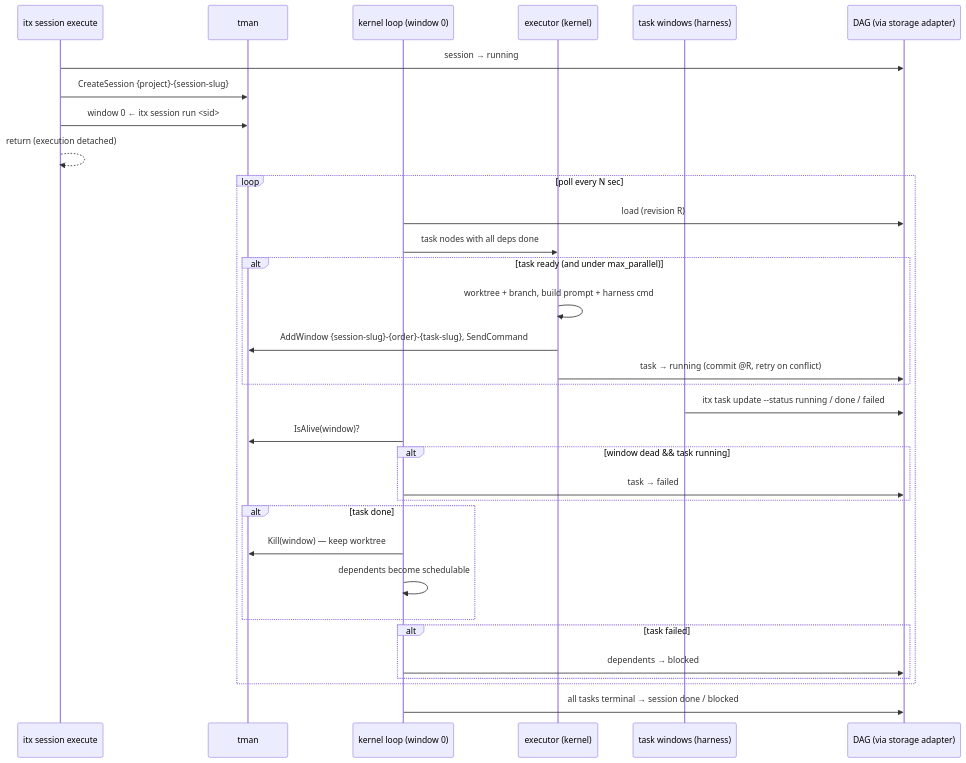
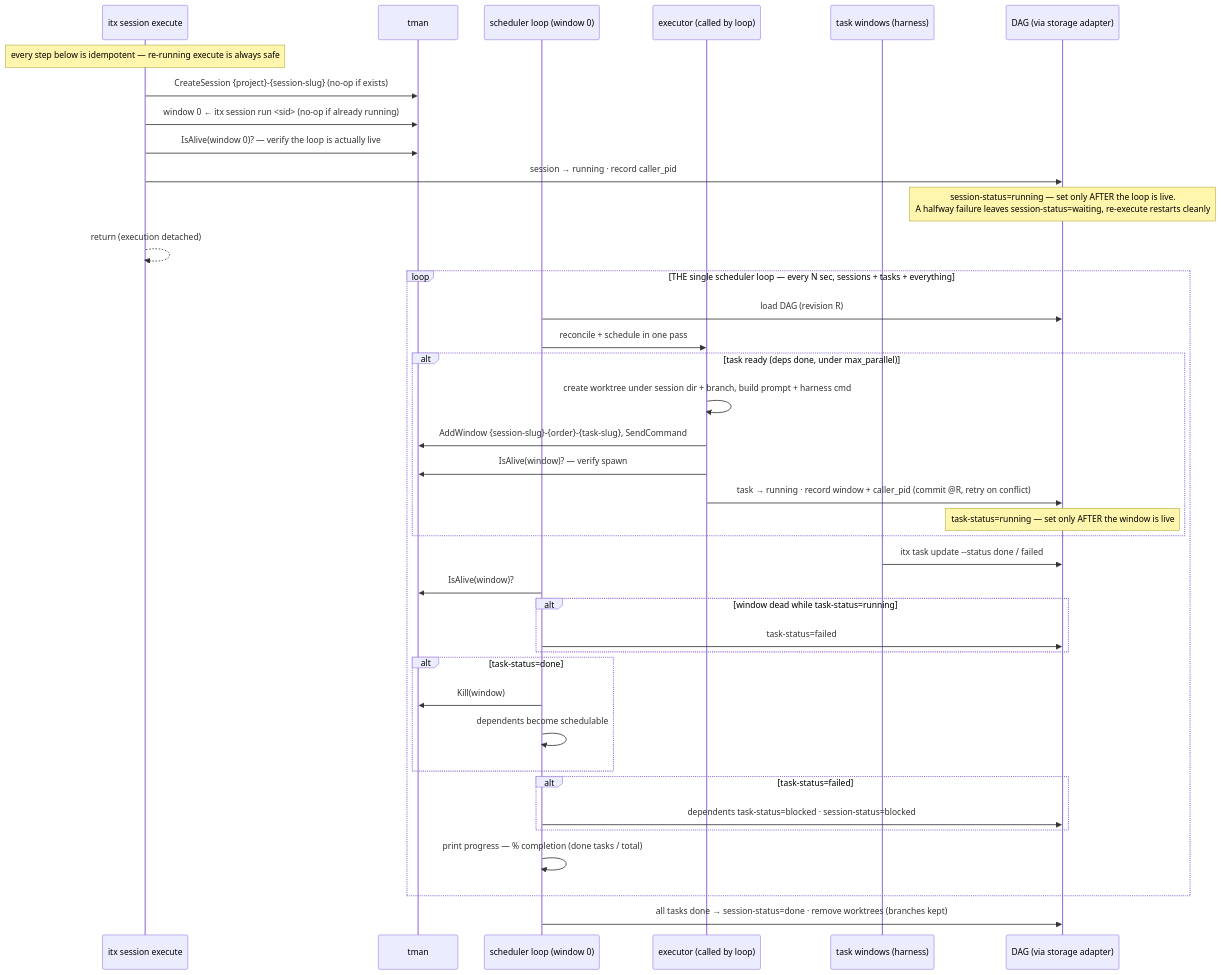
Before and after one commit to ric03uec/itx: the sixth of 7 diagrams in design/arch.md, drawn with Mermaid. The commit also changed other lines of this file and 4 other files, not shown here.

First line of the commit message:
docs: apply design review — single scheduler loop, mandatory worktrees, idempotent execute

````diff
--- a/design/arch.md
+++ b/design/arch.md
@@ -181,37 +198,43 @@
 ```mermaid
 sequenceDiagram
     participant EXE as itx session execute
     participant T as tman
-    participant K as kernel loop (window 0)
-    participant X as executor (kernel)
+    participant K as scheduler loop (window 0)
+    participant X as executor (called by loop)
     participant W as task windows (harness)
     participant D as DAG (via storage adapter)
 
-    EXE->>D: session → running
-    EXE->>T: CreateSession {project}-{session-slug}
-    EXE->>T: window 0 ← itx session run <sid>
+    Note over EXE: every step below is idempotent — re-running execute is always safe
+    EXE->>T: CreateSession {project}-{session-slug} (no-op if exists)
+    EXE->>T: window 0 ← itx session run <sid> (no-op if already running)
+    EXE->>T: IsAlive(window 0)? — verify the loop is actually live
+    EXE->>D: session → running · record caller_pid
+    Note over D: session-status=running — set only AFTER the loop is live.<br/>A halfway failure leaves session-status=waiting, re-execute restarts cleanly
     EXE-->>EXE: return (execution detached)
 
-    loop poll every N sec
-        K->>D: load (revision R)
-        K->>X: task nodes with all deps done
-        alt task ready (and under max_parallel)
-            X->>X: worktree + branch, build prompt + harness cmd
+    loop THE single scheduler loop — every N sec, sessions + tasks + everything
+        K->>D: load DAG (revision R)
+        K->>X: reconcile + schedule in one pass
+        alt task ready (deps done, under max_parallel)
+            X->>X: create worktree under session dir + branch, build prompt + harness cmd
             X->>T: AddWindow {session-slug}-{order}-{task-slug}, SendCommand
-            X->>D: task → running (commit @R, retry on conflict)
+            X->>T: IsAlive(window)? — verify spawn
+            X->>D: task → running · record window + caller_pid (commit @R, retry on conflict)
+            Note over D: task-status=running — set only AFTER the window is live
         end
-        W->>D: itx task update --status running / done / failed
+        W->>D: itx task update --status done / failed
         K->>T: IsAlive(window)?
-        alt window dead && task running
-            K->>D: task → failed
+        alt window dead while task-status=running
+            K->>D: task-status=failed
         end
-        alt task done
-            K->>T: Kill(window)  — keep worktree
+        alt task-status=done
+            K->>T: Kill(window)
             K->>K: dependents become schedulable
         end
-        alt task failed
-            K->>D: dependents → blocked
+        alt task-status=failed
+            K->>D: dependents task-status=blocked · session-status=blocked
         end
+        K->>K: print progress — % completion (done tasks / total)
     end
-    K->>D: all tasks terminal → session done / blocked
+    K->>D: all tasks done → session-status=done · remove worktrees (branches kept)
 ```
````
